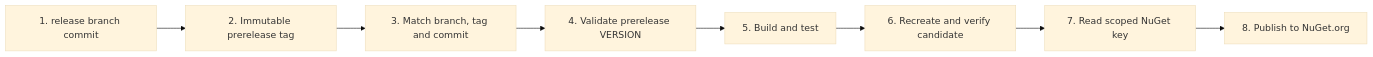
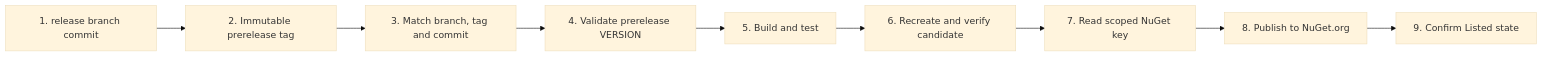
The third of 4 diagrams in docs/architecture/EAC_PIPELINE_CATALOG.md (eac-architecture/eac-pipeline-catalog), drawn with Mermaid (base theme) before and after one commit. The commit also changed other lines of this file and 10 other files, not shown here.

````diff
--- a/docs/architecture/EAC_PIPELINE_CATALOG.md
+++ b/docs/architecture/EAC_PIPELINE_CATALOG.md
@@ -248,10 +248,11 @@
 ```mermaid
 flowchart LR
     RELEASE[1. release branch commit] --> TAG[2. Immutable prerelease tag]
     TAG --> GATE[3. Match branch, tag and commit]
     GATE --> VALIDATE[4. Validate prerelease VERSION]
     VALIDATE --> BUILD[5. Build and test]
     BUILD --> PACKAGE[6. Recreate and verify candidate]
     PACKAGE --> SECRET[7. Read scoped NuGet key]
     SECRET --> PUBLISH[8. Publish to NuGet.org]
+    PUBLISH --> LISTED[9. Confirm Listed state]
 ```
````
